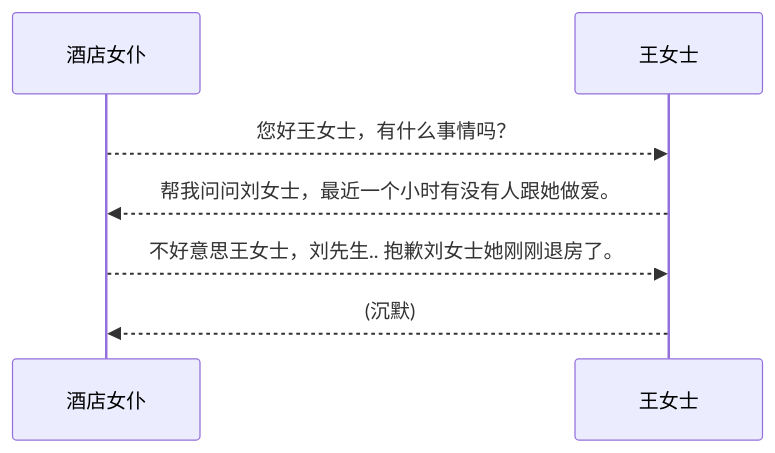
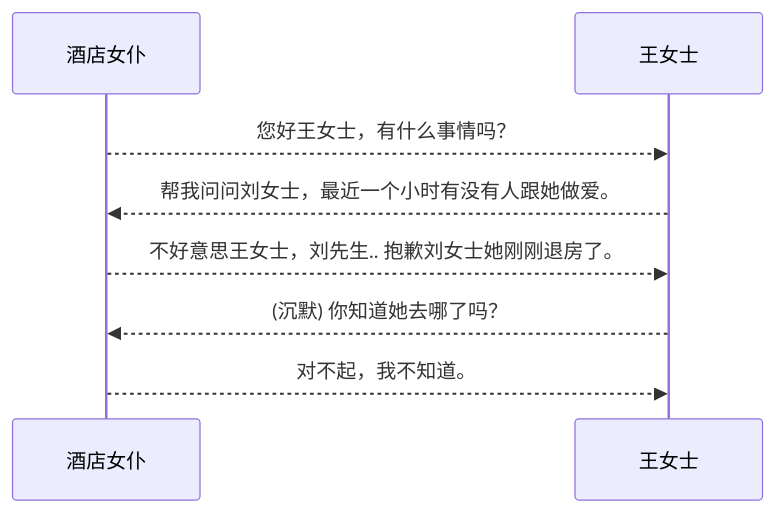
Diagram 18 of 21 in content/posts/the-comments-system.md (sb-child/sb-child), drawn with Mermaid before and after one commit. The commit also changed other lines of this file and 1 other file, not shown here.

````diff
--- a/content/posts/the-comments-system.md
+++ b/content/posts/the-comments-system.md
@@ -369,7 +369,8 @@
 ```mermaid
 sequenceDiagram
     酒店女仆-->>王女士: 您好王女士，有什么事情吗？
     王女士-->>酒店女仆: 帮我问问刘女士，最近一个小时有没有人跟她做爱。
     酒店女仆-->>王女士: 不好意思王女士，刘先生.. 抱歉刘女士她刚刚退房了。
-    王女士-->>酒店女仆: (沉默)
+    王女士-->>酒店女仆: (沉默) 你知道她去哪了吗？
+    酒店女仆-->>王女士: 对不起，我不知道。
 ```
````
